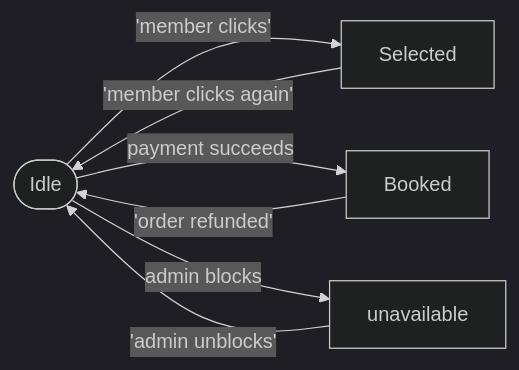
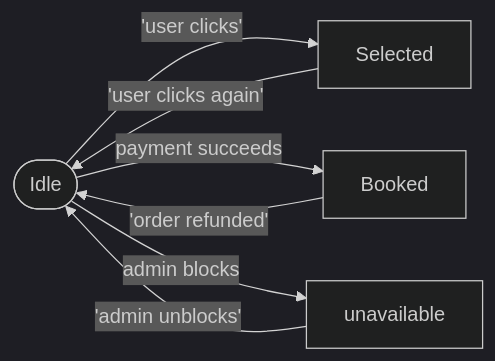
The second of 11 diagrams in descriptions/TheEssay.md (Azusalina/sba-proj), drawn with Mermaid (dark theme) before and after one commit. The commit also changed other lines of this file and 6 other files, not shown here.

````diff
--- a/descriptions/TheEssay.md
+++ b/descriptions/TheEssay.md
@@ -311,9 +311,9 @@
 ```mermaid
 flowchart LR
- I([Idle])--'member clicks'-->S[Selected]
- S--'member clicks again'-->I
+ I([Idle])--'user clicks'-->S[Selected]
+ S--'user clicks again'-->I
  I--"payment succeeds"-->B[Booked]
  B-- 'order refunded'--> I
  I--"admin blocks"-->U[unavailable]
  U--'admin unblocks'-->I
 ```
````
